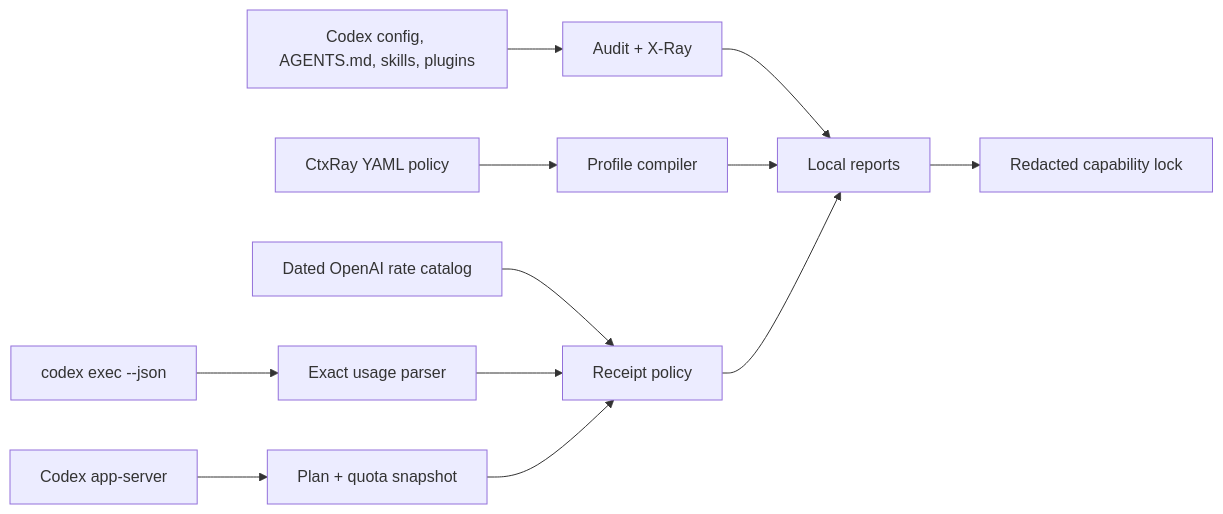
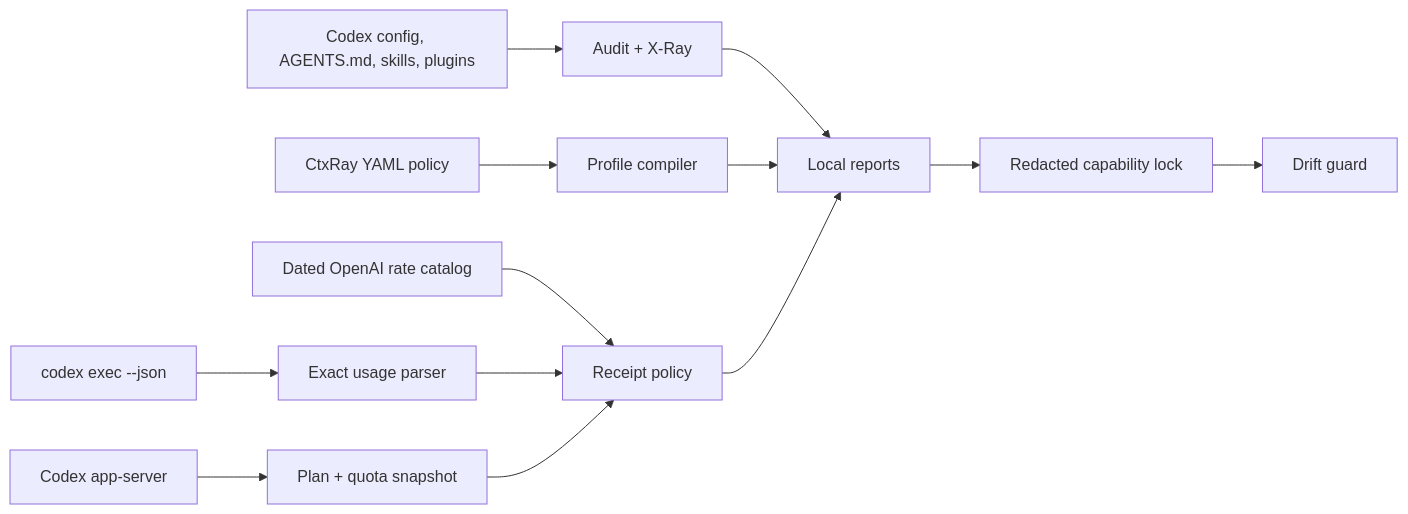
Before and after one commit to FramY2/ctxray: the diagram in README.md, drawn with Mermaid. The commit also changed other lines of this file and 44 other files, not shown here.

````diff
--- a/README.md
+++ b/README.md
@@ -177,14 +226,15 @@
 ```mermaid
 flowchart LR
   A["Codex config, AGENTS.md, skills, plugins"] --> B["Audit + X-Ray"]
   P["CtxRay YAML policy"] --> C["Profile compiler"]
   J["codex exec --json"] --> D["Exact usage parser"]
   S["Codex app-server"] --> E["Plan + quota snapshot"]
   R["Dated OpenAI rate catalog"] --> F["Receipt policy"]
   D --> F
   E --> F
   B --> O["Local reports"]
   C --> O
   F --> O
   O --> L["Redacted capability lock"]
+  L --> G["Drift guard"]
 ```
````
